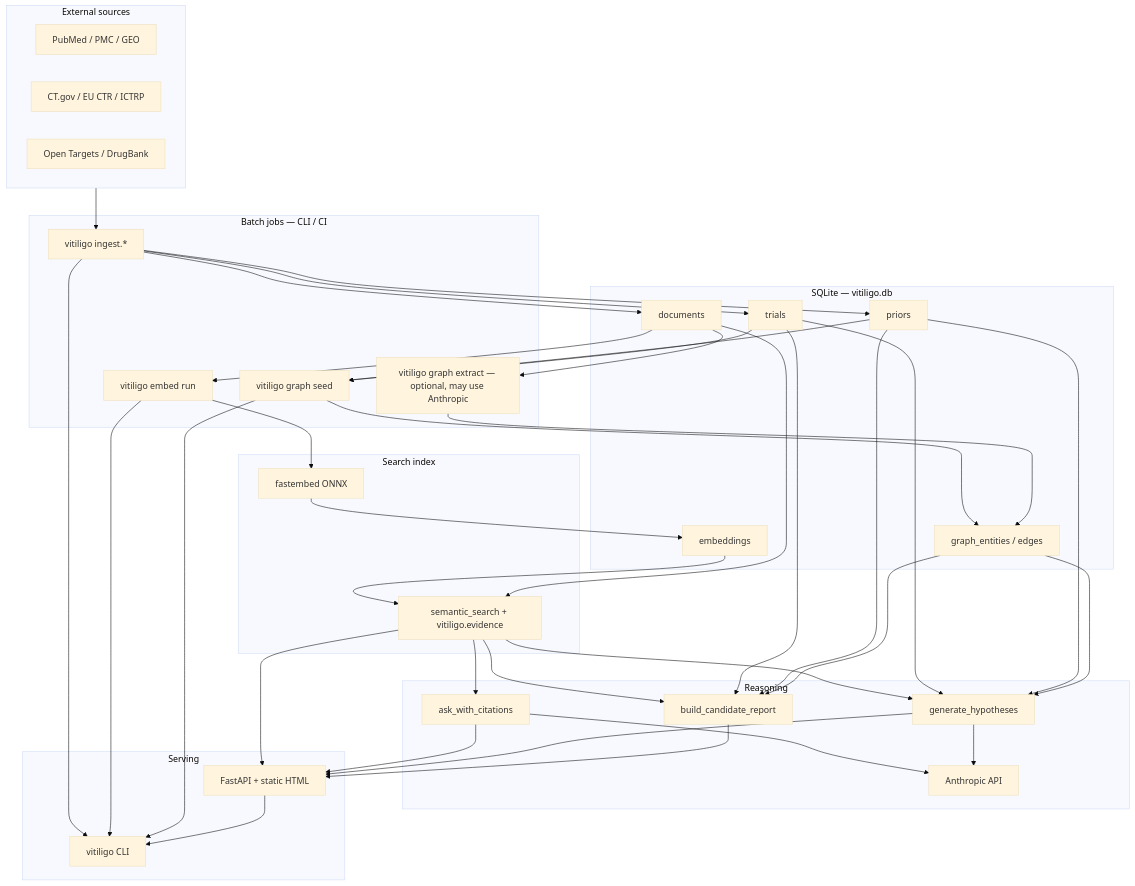
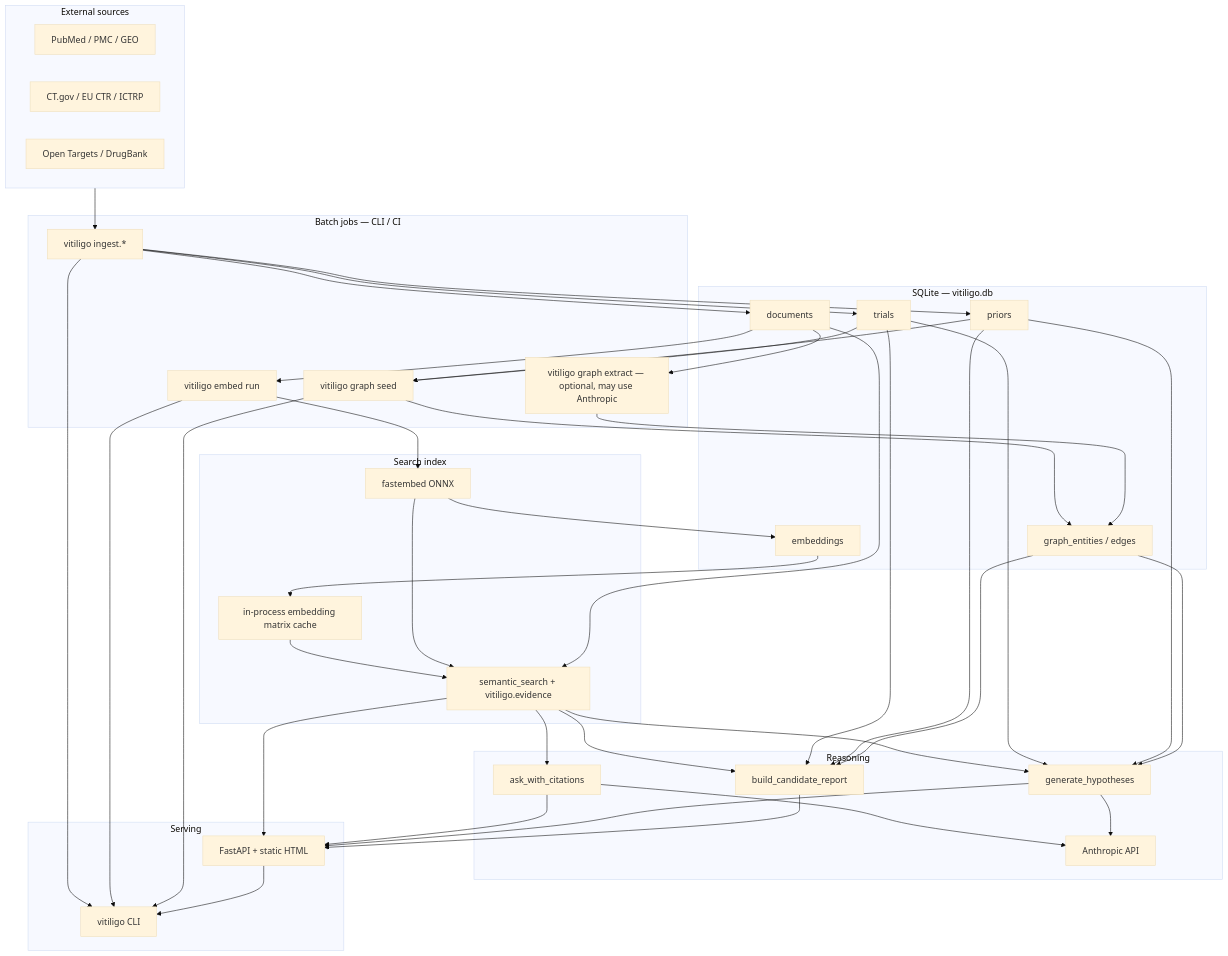
Before and after one commit to recepsirin/vitiligo-initiative: the second of 5 diagrams in docs/architecture.md, drawn with Mermaid (base theme). The commit also changed 7 other files, not shown here.

First line of the commit message:
Cache embedding matrix in-process for faster semantic search.

````diff
--- a/docs/architecture.md
+++ b/docs/architecture.md
@@ -109,59 +109,62 @@
 ```mermaid
 flowchart TB
   subgraph external [External sources]
     PubMed[PubMed / PMC / GEO]
     Registries[CT.gov / EU CTR / ICTRP]
     OT[Open Targets / DrugBank]
   end
 
   subgraph batch [Batch jobs — CLI / CI]
     Ingest[vitiligo ingest.*]
     EmbedRun[vitiligo embed run]
     GraphSeed[vitiligo graph seed]
     GraphExtract[vitiligo graph extract — optional, may use Anthropic]
   end
 
   subgraph store [SQLite — vitiligo.db]
     Docs[documents]
     EmbTbl[embeddings]
     TrialTbl[trials]
     Priors[priors]
     GraphTbl[graph_entities / edges]
   end
 
   subgraph index [Search index]
     Fastembed[fastembed ONNX]
+    Cache[in-process embedding matrix cache]
     Search[semantic_search + vitiligo.evidence]
   end
+  EmbTbl --> Cache
+  Cache --> Search
+  Fastembed --> Search
 
   subgraph reason [Reasoning]
     RAG[ask_with_citations]
     Hypo[generate_hypotheses]
     Reports[build_candidate_report]
     Claude[Anthropic API]
   end
 
   subgraph serve [Serving]
     CLI[vitiligo CLI]
     API[FastAPI + static HTML]
   end
 
   external --> Ingest
   Ingest --> Docs & TrialTbl & Priors
   Docs --> EmbedRun --> Fastembed --> EmbTbl
   Priors & TrialTbl --> GraphSeed --> GraphTbl
   Docs --> GraphExtract --> GraphTbl
-  EmbTbl --> Search
   Docs --> Search
   Search --> RAG
   Search --> Hypo
   TrialTbl --> Hypo
   Priors --> Hypo
   GraphTbl --> Hypo
   Search --> Reports
   TrialTbl & Priors & GraphTbl --> Reports
   RAG --> Claude
   Hypo --> Claude
   Search & RAG & Hypo & Reports --> API
   Ingest & EmbedRun & GraphSeed & API --> CLI
 ```
````
